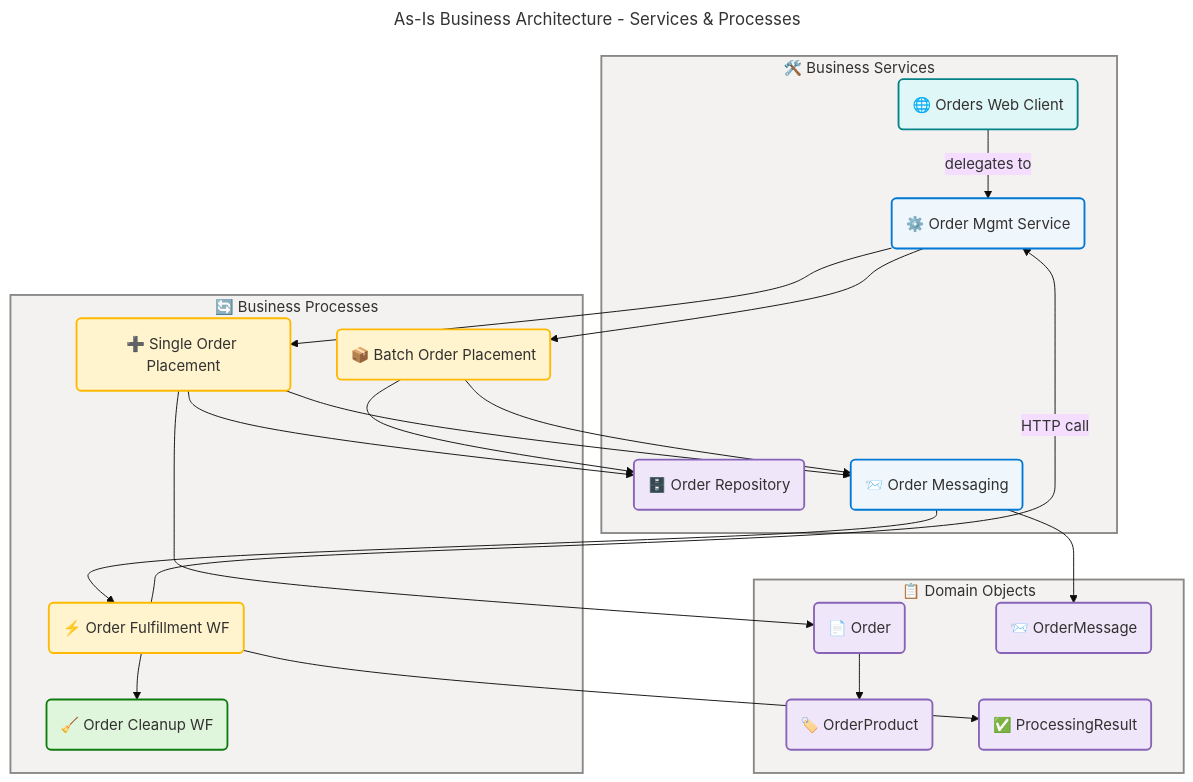
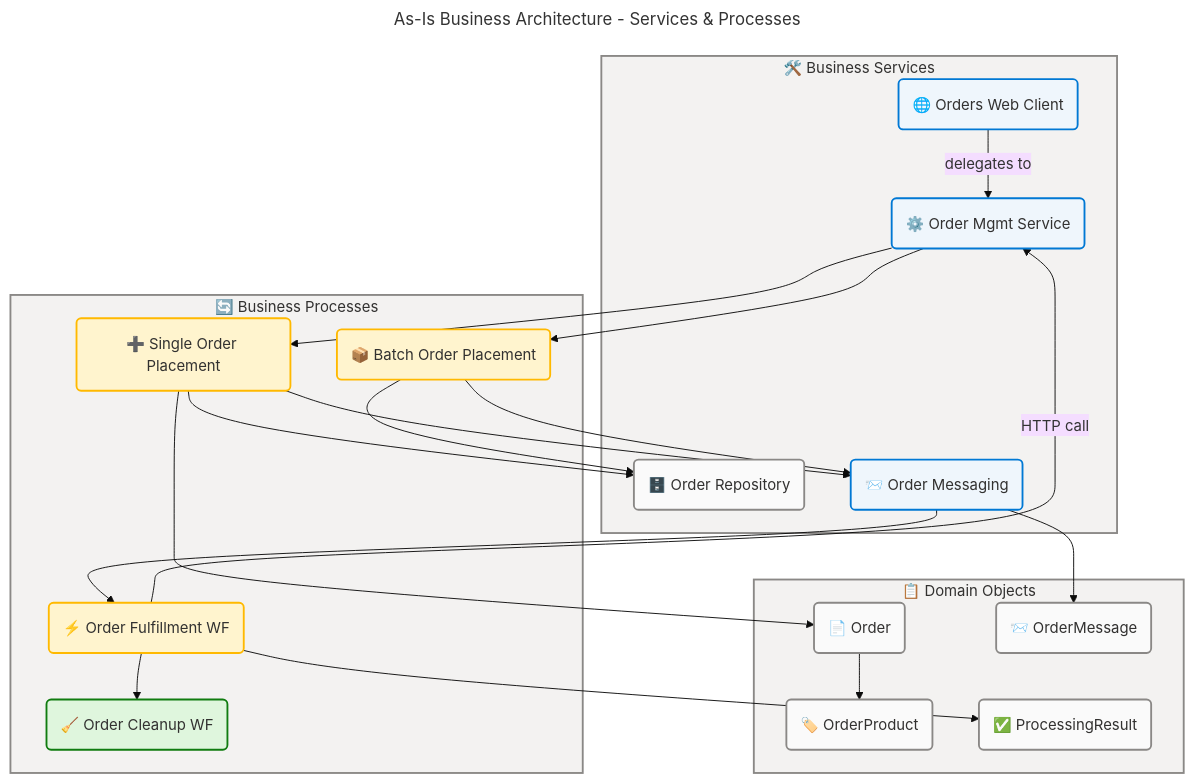
One commit to Evilazaro/Azure-LogicApps-Monitoring changed the fourth of 6 diagrams in docs/architecture/business-architecture.md. Above: the diagram before and after it, drawn with Mermaid. The commit also changed other lines of this file, not shown here.

Commit message:
style: Update class definitions in business architecture diagrams to use 'neutral' for data elements

````diff
--- a/docs/architecture/business-architecture.md
+++ b/docs/architecture/business-architecture.md
@@ -407,76 +400,73 @@
 ```mermaid
 ---
 title: As-Is Business Architecture - Services & Processes
 config:
   theme: base
   look: classic
   layout: dagre
   themeVariables:
     fontSize: '16px'
   flowchart:
     htmlLabels: true
 ---
 flowchart TB
     accTitle: As-Is Business Architecture View
     accDescr: Current-state business architecture showing how the four business services interact with the four business processes, domain objects, and KPI instrumentation across the eShop order management platform.
 
     %% ═══════════════════════════════════════════════════════════════════════════
     %% AZURE / FLUENT ARCHITECTURE PATTERN v1.1
     %% (Semantic + Structural + Font + Accessibility Governance)
     %% ═══════════════════════════════════════════════════════════════════════════
     %% PHASE 1 - FLUENT UI: All styling uses approved Fluent UI palette only
     %% PHASE 2 - GROUPS: Every subgraph has semantic color via style directive
     %% PHASE 3 - COMPONENTS: Every node has semantic classDef + icon prefix
     %% PHASE 4 - ACCESSIBILITY: accTitle/accDescr present, WCAG AA contrast
     %% PHASE 5 - STANDARD: Governance block present, classDefs centralized
     %% ═══════════════════════════════════════════════════════════════════════════
 
     subgraph services["🛠️ Business Services"]
         svcOM("⚙️ Order Mgmt Service"):::core
-        svcRepo("🗄️ Order Repository"):::data
+        svcRepo("🗄️ Order Repository"):::neutral
         svcMsg("📨 Order Messaging"):::core
-        svcWeb("🌐 Orders Web Client"):::external
+        svcWeb("🌐 Orders Web Client"):::core
     end
 
     subgraph processes["🔄 Business Processes"]
         procSingle("➕ Single Order Placement"):::warning
         procBatch("📦 Batch Order Placement"):::warning
         procFulfill("⚡ Order Fulfillment WF"):::warning
         procCleanup("🧹 Order Cleanup WF"):::success
     end
 
     subgraph objects["📋 Domain Objects"]
-        objOrder("📄 Order"):::data
-        objProd("🏷️ OrderProduct"):::data
-        objMsg("📨 OrderMessage"):::data
-        objResult("✅ ProcessingResult"):::data
+        objOrder("📄 Order"):::neutral
+        objProd("🏷️ OrderProduct"):::neutral
+        objMsg("📨 OrderMessage"):::neutral
+        objResult("✅ ProcessingResult"):::neutral
     end
 
     svcOM --> procSingle
     svcOM --> procBatch
     procSingle --> svcRepo
     procSingle --> svcMsg
     procBatch --> svcRepo
     procBatch --> svcMsg
     svcMsg --> procFulfill
     procFulfill -->|"HTTP call"| svcOM
     procFulfill --> procCleanup
     svcWeb -->|"delegates to"| svcOM
 
     procSingle --> objOrder
     objOrder --> objProd
     svcMsg --> objMsg
     procFulfill --> objResult
 
     style services fill:#F3F2F1,stroke:#8A8886,stroke-width:2px,color:#323130
     style processes fill:#F3F2F1,stroke:#8A8886,stroke-width:2px,color:#323130
     style objects fill:#F3F2F1,stroke:#8A8886,stroke-width:2px,color:#323130
 
     classDef neutral fill:#FAFAFA,stroke:#8A8886,stroke-width:2px,color:#323130
     classDef core fill:#EFF6FC,stroke:#0078D4,stroke-width:2px,color:#323130
     classDef success fill:#DFF6DD,stroke:#107C10,stroke-width:2px,color:#323130
     classDef warning fill:#FFF4CE,stroke:#FFB900,stroke-width:2px,color:#323130
-    classDef danger fill:#FDE7E9,stroke:#D13438,stroke-width:2px,color:#323130
-    classDef data fill:#F0E6FA,stroke:#8764B8,stroke-width:2px,color:#323130
-    classDef external fill:#E0F7F7,stroke:#038387,stroke-width:2px,color:#323130
 ```
````
